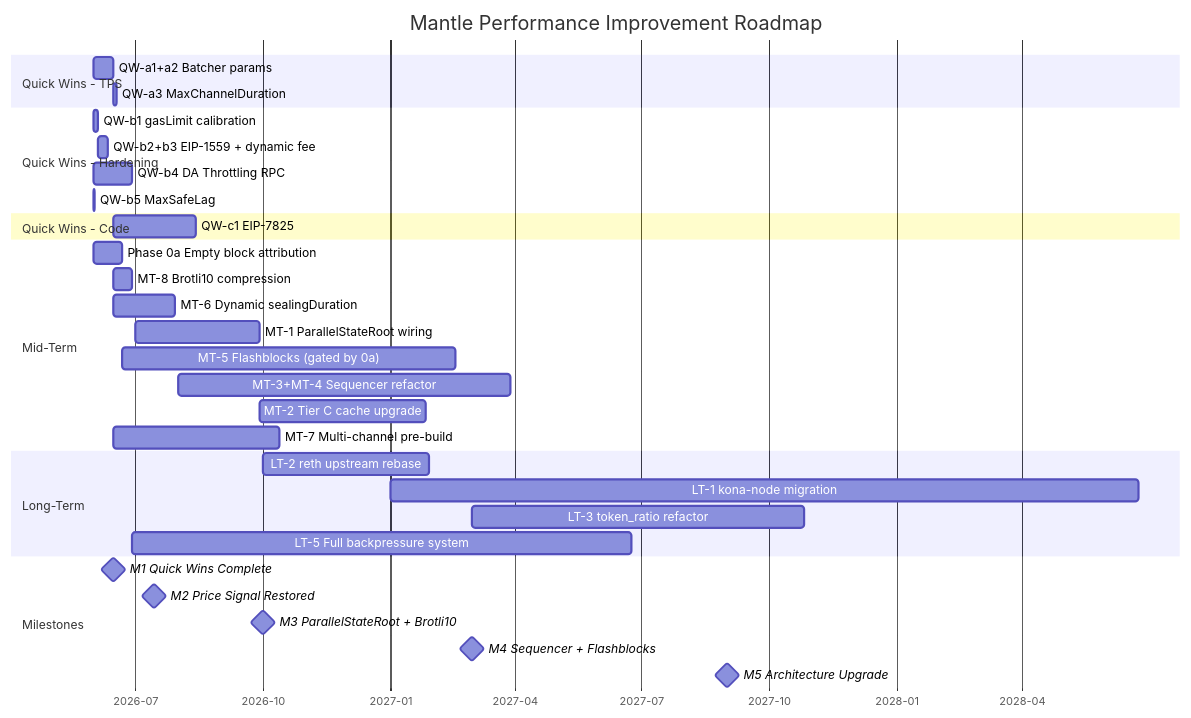
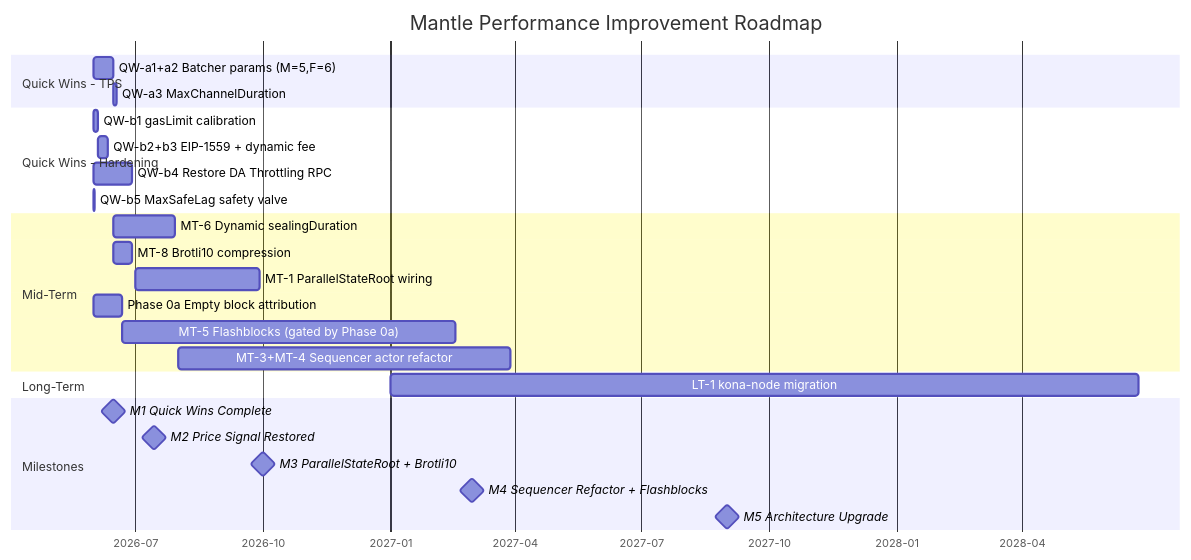
Before and after one commit to Whisker17/multica-research: the second of 2 diagrams in base-perf-analysis/report/final-report.md, drawn with Mermaid. The commit also changed other lines of this file, not shown here.

````diff
--- a/base-perf-analysis/report/final-report.md
+++ b/base-perf-analysis/report/final-report.md
@@ -409,42 +461,34 @@
 ```mermaid
 gantt
     title Mantle Performance Improvement Roadmap
     dateFormat YYYY-MM-DD
     axisFormat %Y-%m
 
     section Quick Wins - TPS
-    QW-a1+a2 Batcher params          :qw1, 2026-06-01, 14d
-    QW-a3 MaxChannelDuration          :qw3, after qw1, 3d
+    QW-a1+a2 Batcher params (M=5,F=6)          :qw1, 2026-06-01, 14d
+    QW-a3 MaxChannelDuration                     :qw3, after qw1, 3d
 
     section Quick Wins - Hardening
-    QW-b1 gasLimit calibration        :qwb1, 2026-06-01, 3d
-    QW-b2+b3 EIP-1559 + dynamic fee  :qwb2, after qwb1, 7d
-    QW-b4 DA Throttling RPC           :qwb4, 2026-06-01, 28d
-    QW-b5 MaxSafeLag                  :qwb5, 2026-06-01, 1d
-
-    section Quick Wins - Code
-    QW-c1 EIP-7825                    :qwc1, 2026-06-15, 60d
+    QW-b1 gasLimit calibration                   :qwb1, 2026-06-01, 3d
+    QW-b2+b3 EIP-1559 + dynamic fee             :qwb2, after qwb1, 7d
+    QW-b4 Restore DA Throttling RPC              :qwb4, 2026-06-01, 28d
+    QW-b5 MaxSafeLag safety valve                :qwb5, 2026-06-01, 1d
 
     section Mid-Term
-    Phase 0a Empty block attribution  :p0a, 2026-06-01, 21d
-    MT-8 Brotli10 compression         :mt8, 2026-06-15, 14d
-    MT-6 Dynamic sealingDuration      :mt6, 2026-06-15, 45d
-    MT-1 ParallelStateRoot wiring     :mt1, 2026-07-01, 90d
-    MT-5 Flashblocks (gated by 0a)    :mt5, after p0a, 240d
-    MT-3+MT-4 Sequencer refactor      :mt3, 2026-08-01, 240d
-    MT-2 Tier C cache upgrade         :mt2, after mt1, 120d
-    MT-7 Multi-channel pre-build      :mt7, after qw1, 120d
+    MT-6 Dynamic sealingDuration                 :mt6, 2026-06-15, 45d
+    MT-8 Brotli10 compression                    :mt8, 2026-06-15, 14d
+    MT-1 ParallelStateRoot wiring                :mt1, 2026-07-01, 90d
+    Phase 0a Empty block attribution             :p0a, 2026-06-01, 21d
+    MT-5 Flashblocks (gated by Phase 0a)         :mt5, after p0a, 240d
+    MT-3+MT-4 Sequencer actor refactor           :mt3, 2026-08-01, 240d
 
     section Long-Term
-    LT-2 reth upstream rebase         :lt2, 2026-10-01, 120d
-    LT-1 kona-node migration          :lt1, 2027-01-01, 540d
-    LT-3 token_ratio refactor         :lt3, 2027-03-01, 240d
-    LT-5 Full backpressure system     :lt5, after qwb4, 360d
+    LT-1 kona-node migration                     :lt1, 2027-01-01, 540d
 
     section Milestones
-    M1 Quick Wins Complete            :milestone, m1, 2026-06-15, 0d
-    M2 Price Signal Restored          :milestone, m2, 2026-07-15, 0d
-    M3 ParallelStateRoot + Brotli10   :milestone, m3, 2026-10-01, 0d
-    M4 Sequencer + Flashblocks        :milestone, m4, 2027-03-01, 0d
-    M5 Architecture Upgrade           :milestone, m5, 2027-09-01, 0d
+    M1 Quick Wins Complete                       :milestone, m1, 2026-06-15, 0d
+    M2 Price Signal Restored                     :milestone, m2, 2026-07-15, 0d
+    M3 ParallelStateRoot + Brotli10              :milestone, m3, 2026-10-01, 0d
+    M4 Sequencer Refactor + Flashblocks          :milestone, m4, 2027-03-01, 0d
+    M5 Architecture Upgrade                      :milestone, m5, 2027-09-01, 0d
 ```
````
